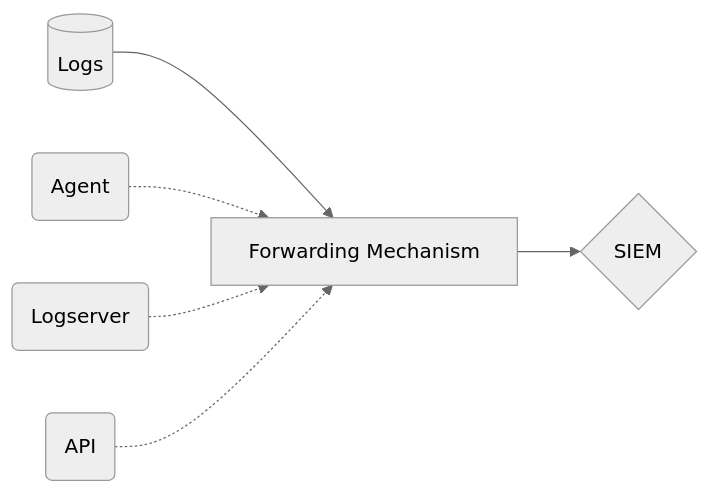
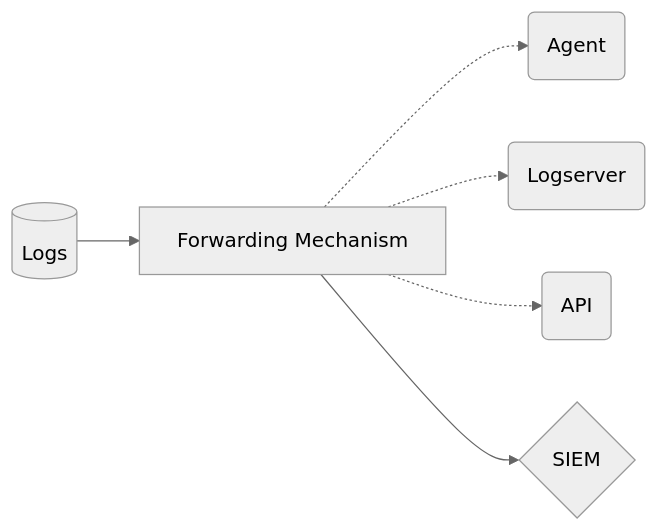
One commit to lnfernux/lnfernux.github.io changed the second of 4 diagrams in _posts/2024-01-31-AutomatingSecurityMonitoring1.md. Above: the diagram before and after it, drawn with Mermaid (neutral theme).

Commit message:
change direction

````diff
--- a/_posts/2024-01-31-AutomatingSecurityMonitoring1.md
+++ b/_posts/2024-01-31-AutomatingSecurityMonitoring1.md
@@ -58,8 +58,8 @@
 ```mermaid
 graph LR
 L[(Logs)] --> Fwd[Forwarding Mechanism]
-A(Agent) -.-> Fwd
-LL(Logserver) -.-> Fwd
-API(API) -.-> Fwd
+Fwd -.-> A(Agent) 
+Fwd -.-> LL(Logserver)
+Fwd -.-> API(API)
 Fwd --> S{SIEM}
 ```
````
